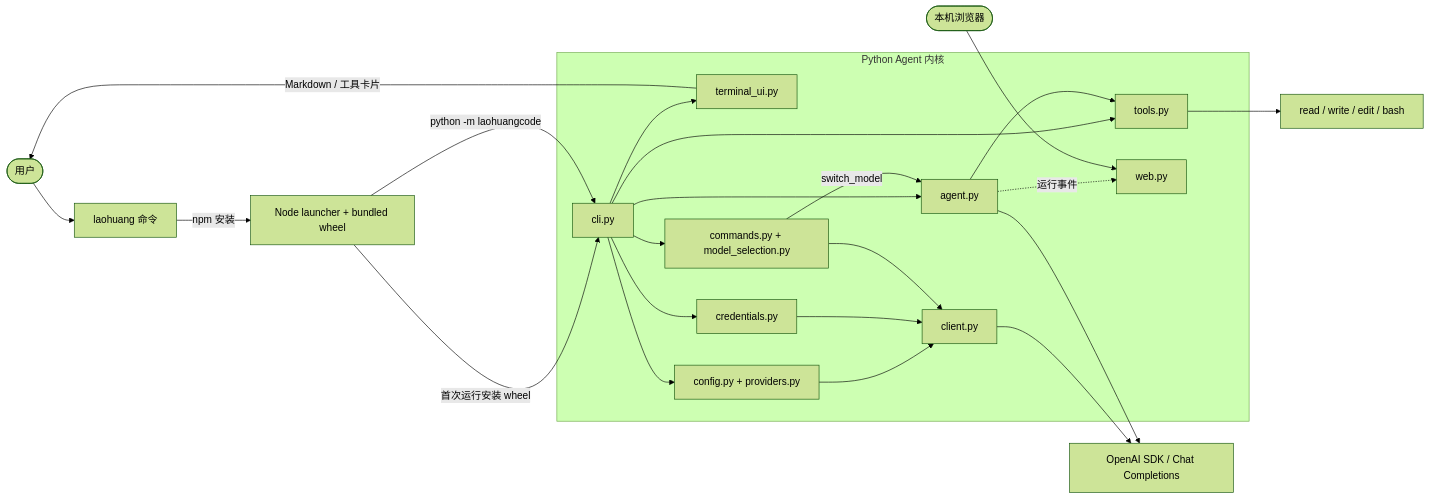
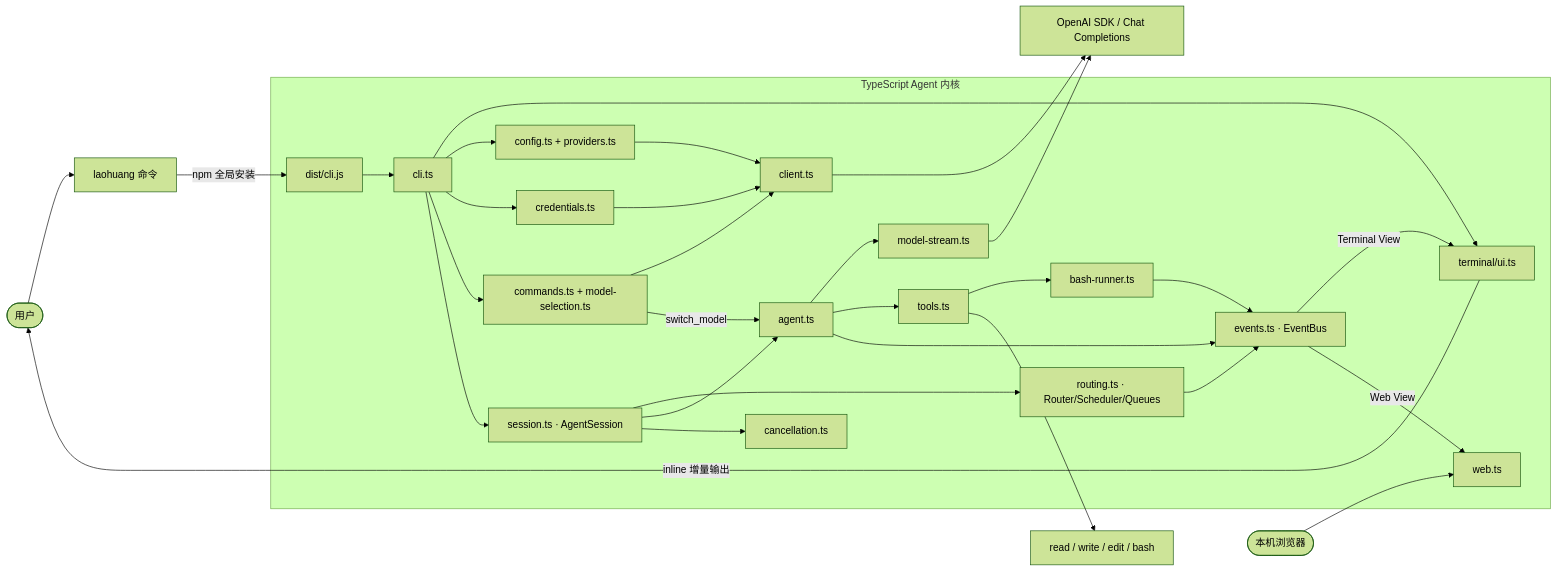
The first of 2 diagrams in docs/architecture.md (hxr223/laoHuangCode), drawn with Mermaid (forest theme) before and after one commit. The commit also changed other lines of this file and 109 other files, not shown here.

First line of the commit message:
feat!: TypeScript rewrite + agent core evolution (#6, #11) (#12)

````diff
--- a/docs/architecture.md
+++ b/docs/architecture.md
@@ -51,28 +56,35 @@
 ```mermaid
 flowchart LR
     User([用户]) --> Entry["laohuang 命令"]
-    Entry -->|npm 安装| Launcher["Node launcher + bundled wheel"]
-    Launcher -->|首次运行安装 wheel| CLI["cli.py"]
-    Launcher -->|python -m laohuangcode| CLI
+    Entry -->|npm 全局安装| Bin["dist/cli.js"]
 
-    subgraph Core["Python Agent 内核"]
-        CLI --> TUI["terminal_ui.py"]
-        CLI --> Profiles["config.py + providers.py"]
-        CLI --> Secrets["credentials.py"]
-        CLI --> Commands["commands.py + model_selection.py"]
-        Profiles --> Client["client.py"]
+    subgraph Core["TypeScript Agent 内核"]
+        Bin --> CLI["cli.ts"]
+        CLI --> TUI["terminal/ui.ts"]
+        CLI --> Profiles["config.ts + providers.ts"]
+        CLI --> Secrets["credentials.ts"]
+        CLI --> Commands["commands.ts + model-selection.ts"]
+        Profiles --> Client["client.ts"]
         Secrets --> Client
         Commands --> Client
-        CLI --> Agent["agent.py"]
+        CLI --> Session["session.ts · AgentSession"]
+        Session --> Router["routing.ts · Router/Scheduler/Queues"]
+        Session --> Agent["agent.ts"]
         Commands -->|switch_model| Agent
-        CLI --> Registry["tools.py"]
-        Agent --> Registry
-        Agent -.运行事件.-> Web["web.py"]
+        Agent --> Stream["model-stream.ts"]
+        Agent --> Registry["tools.ts"]
+        Registry --> Bash["bash-runner.ts"]
+        Session --> Cancel["cancellation.ts"]
+        Agent --> Events["events.ts · EventBus"]
+        Router --> Events
+        Bash --> Events
+        Events -->|Terminal View| TUI
+        Events -->|Web View| Web["web.ts"]
     end
 
-    TUI -->|Markdown / 工具卡片| User
+    TUI -->|inline 增量输出| User
     Client --> SDK["OpenAI SDK / Chat Completions"]
-    Agent --> SDK
+    Stream --> SDK
     Registry --> Tools["read / write / edit / bash"]
     Browser([本机浏览器]) --> Web
 ```
````
